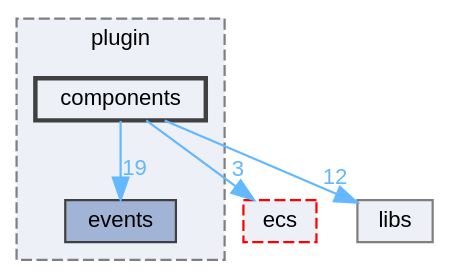
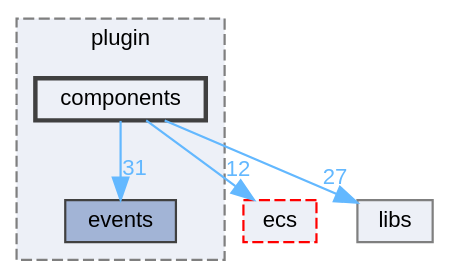
The diagram in dir_d61fdc5a119682a8e51fd6de81abb565_dep.dot (sami-hmr/R-Type), drawn with Graphviz before and after one commit. The commit also changed 2326 other files, not shown here.

```diff
--- a/dir_d61fdc5a119682a8e51fd6de81abb565_dep.dot
+++ b/dir_d61fdc5a119682a8e51fd6de81abb565_dep.dot
@@ -1,19 +1,19 @@
 digraph "include/plugin/components"
 {
  // INTERACTIVE_SVG=YES
  // LATEX_PDF_SIZE
   bgcolor="transparent";
   edge [fontname=Helvetica,fontsize=10,labelfontname=Helvetica,labelfontsize=10];
   node [fontname=Helvetica,fontsize=10,shape=box,height=0.2,width=0.4];
   compound=true
   subgraph clusterdir_994ee0afe77535e0243d8facd5f6f306 {
     graph [ bgcolor="#edf0f7", pencolor="grey50", label="plugin", fontname=Helvetica,fontsize=10 style="filled,dashed", URL="dir_994ee0afe77535e0243d8facd5f6f306.html",tooltip=""]
   dir_757ca27569c6db871085c617d8967f6f [label="events", fillcolor="#a2b4d6", color="grey25", style="filled", URL="dir_757ca27569c6db871085c617d8967f6f.html",tooltip=""];
   dir_d61fdc5a119682a8e51fd6de81abb565 [label="components", fillcolor="#edf0f7", color="grey25", style="filled,bold", URL="dir_d61fdc5a119682a8e51fd6de81abb565.html",tooltip=""];
   }
   dir_03b8e24d0c8528d6b83b13523eccafd1 [label="ecs", fillcolor="#edf0f7", color="red", style="filled,dashed", URL="dir_03b8e24d0c8528d6b83b13523eccafd1.html",tooltip=""];
   dir_cecf0a0cf596969e938f7bce2c8ed8f2 [label="libs", fillcolor="#edf0f7", color="grey50", style="filled", URL="dir_cecf0a0cf596969e938f7bce2c8ed8f2.html",tooltip=""];
-  dir_d61fdc5a119682a8e51fd6de81abb565->dir_03b8e24d0c8528d6b83b13523eccafd1 [headlabel="3", labeldistance=1.5 headhref="dir_000009_000012.html" href="dir_000009_000012.html" color="steelblue1" fontcolor="steelblue1"];
-  dir_d61fdc5a119682a8e51fd6de81abb565->dir_757ca27569c6db871085c617d8967f6f [headlabel="19", labeldistance=1.5 headhref="dir_000009_000013.html" href="dir_000009_000013.html" color="steelblue1" fontcolor="steelblue1"];
-  dir_d61fdc5a119682a8e51fd6de81abb565->dir_cecf0a0cf596969e938f7bce2c8ed8f2 [headlabel="12", labeldistance=1.5 headhref="dir_000009_000033.html" href="dir_000009_000033.html" color="steelblue1" fontcolor="steelblue1"];
+  dir_d61fdc5a119682a8e51fd6de81abb565->dir_03b8e24d0c8528d6b83b13523eccafd1 [headlabel="12", labeldistance=1.5 headhref="dir_000010_000013.html" href="dir_000010_000013.html" color="steelblue1" fontcolor="steelblue1"];
+  dir_d61fdc5a119682a8e51fd6de81abb565->dir_757ca27569c6db871085c617d8967f6f [headlabel="31", labeldistance=1.5 headhref="dir_000010_000014.html" href="dir_000010_000014.html" color="steelblue1" fontcolor="steelblue1"];
+  dir_d61fdc5a119682a8e51fd6de81abb565->dir_cecf0a0cf596969e938f7bce2c8ed8f2 [headlabel="27", labeldistance=1.5 headhref="dir_000010_000041.html" href="dir_000010_000041.html" color="steelblue1" fontcolor="steelblue1"];
 }
```
